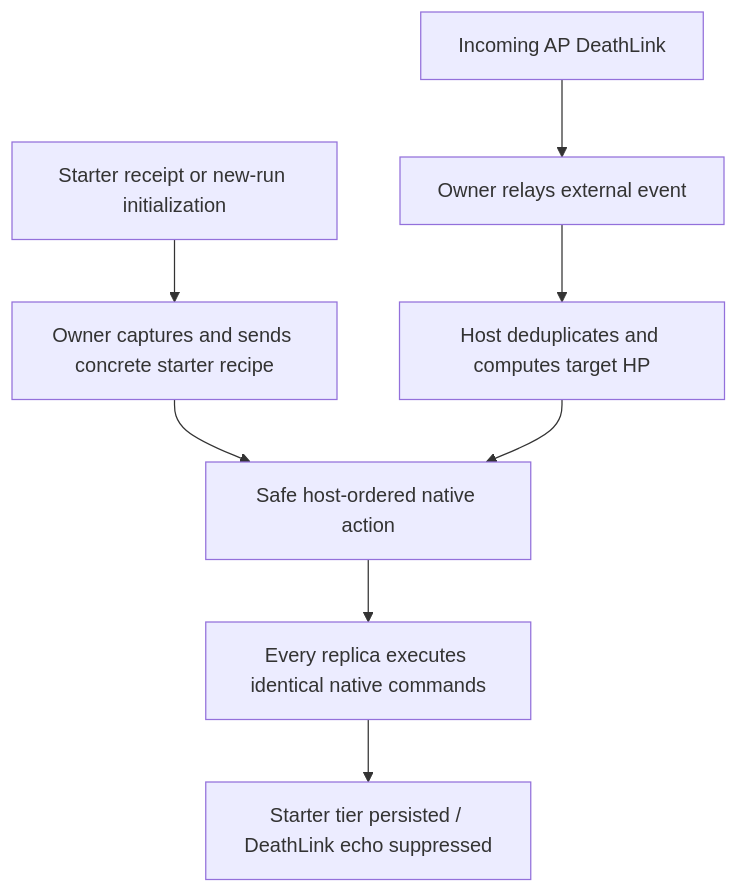
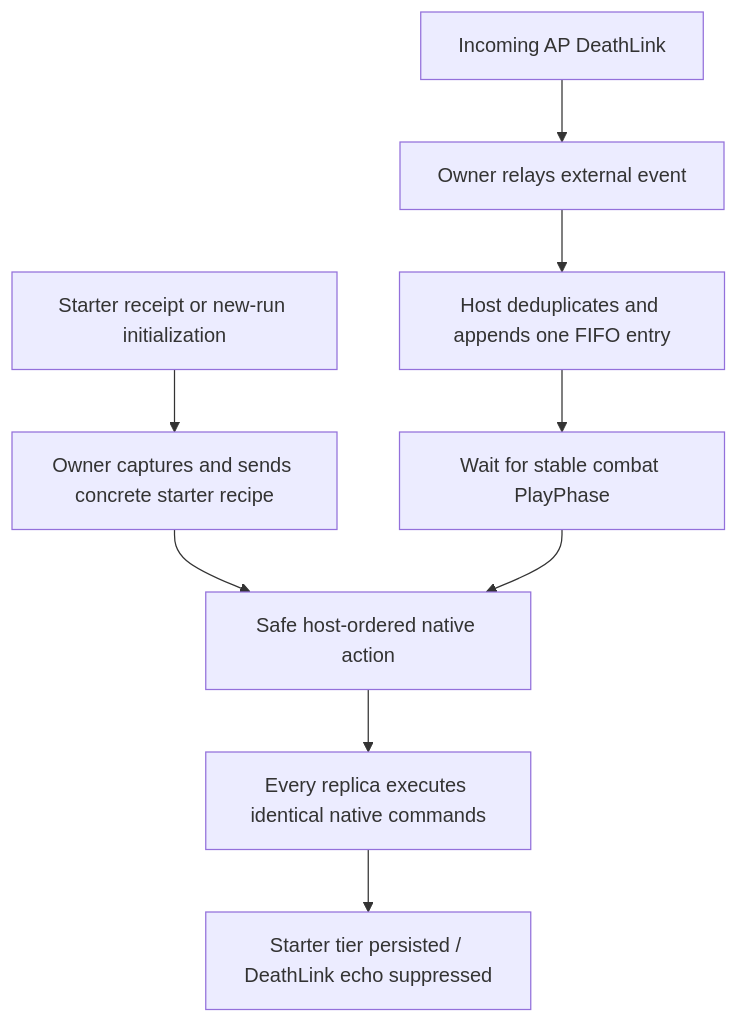
The eighth of 12 diagrams in docs/misc/multiplayer-sync-history-audit.md (Terairk/Slay-the-Spire-2-Archipelago), drawn with Mermaid before and after one commit. The commit also changed other lines of this file, not shown here.

````diff
--- a/docs/misc/multiplayer-sync-history-audit.md
+++ b/docs/misc/multiplayer-sync-history-audit.md
@@ -315,10 +315,11 @@
 ```mermaid
 flowchart TD
     A[Starter receipt or new-run initialization] --> B[Owner captures and sends concrete starter recipe]
     C[Incoming AP DeathLink] --> D[Owner relays external event]
-    D --> E[Host deduplicates and computes target HP]
+    D --> E[Host deduplicates and appends one FIFO entry]
     B --> F[Safe host-ordered native action]
-    E --> F
+    E --> Q[Wait for stable combat PlayPhase]
+    Q --> F
     F --> G[Every replica executes identical native commands]
     G --> H[Starter tier persisted / DeathLink echo suppressed]
 ```
````
